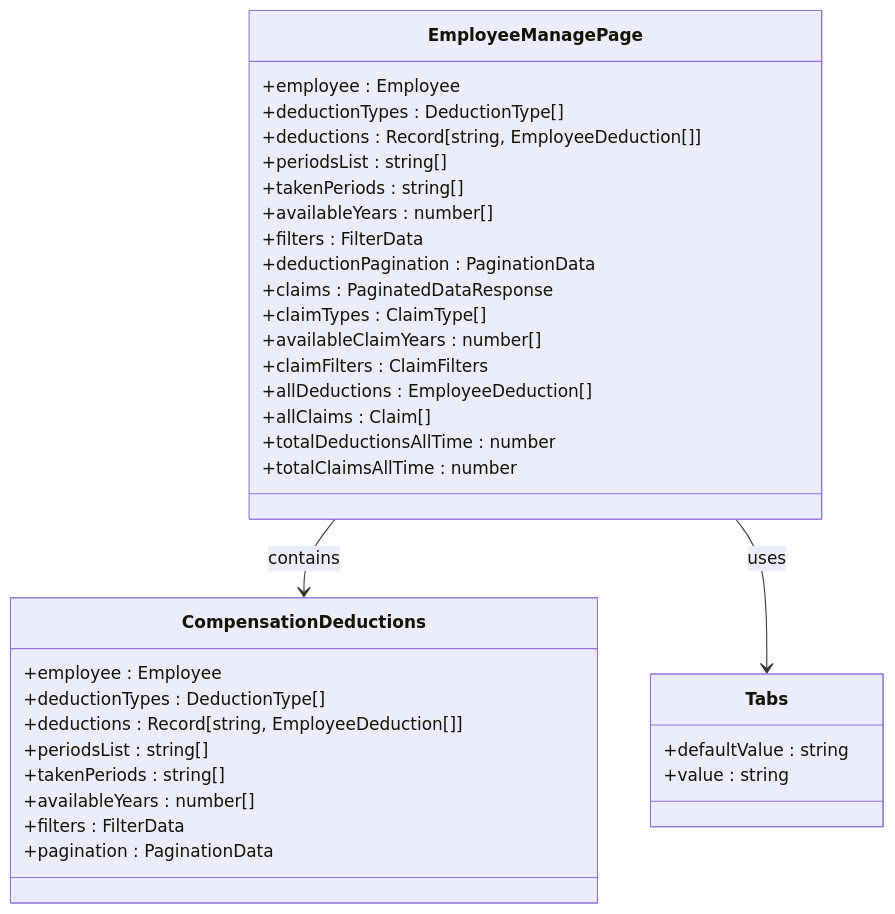
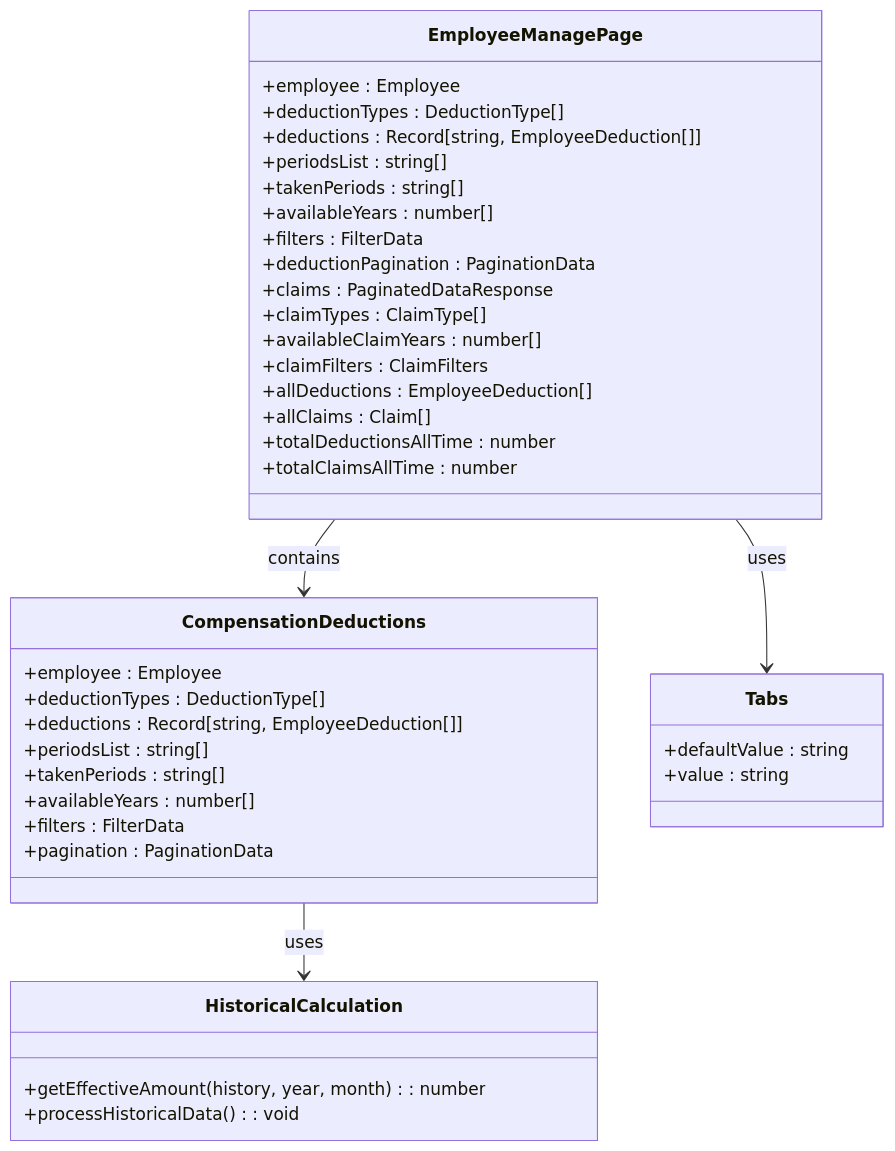
One commit to vincet0t15/template changed the sixth of 19 diagrams in .qoder/repowiki/en/content/Employee Management/Employee Compensation Management.md. Above: the diagram before and after it, drawn with Mermaid. The commit also changed other lines of this file and 11 other files, not shown here.

````diff
--- a/.qoder/repowiki/en/content/Employee Management/Employee Compensation Management.md
+++ b/.qoder/repowiki/en/content/Employee Management/Employee Compensation Management.md
@@ -376,37 +394,42 @@
 ```mermaid
 classDiagram
 class EmployeeManagePage {
 +employee : Employee
 +deductionTypes : DeductionType[]
 +deductions : Record[string, EmployeeDeduction[]]
 +periodsList : string[]
 +takenPeriods : string[]
 +availableYears : number[]
 +filters : FilterData
 +deductionPagination : PaginationData
 +claims : PaginatedDataResponse
 +claimTypes : ClaimType[]
 +availableClaimYears : number[]
 +claimFilters : ClaimFilters
 +allDeductions : EmployeeDeduction[]
 +allClaims : Claim[]
 +totalDeductionsAllTime : number
 +totalClaimsAllTime : number
 }
 class CompensationDeductions {
 +employee : Employee
 +deductionTypes : DeductionType[]
 +deductions : Record[string, EmployeeDeduction[]]
 +periodsList : string[]
 +takenPeriods : string[]
 +availableYears : number[]
 +filters : FilterData
 +pagination : PaginationData
 }
 class Tabs {
 +defaultValue : string
 +value : string
 }
+class HistoricalCalculation {
++getEffectiveAmount(history, year, month) : number
++processHistoricalData() : void
+}
 EmployeeManagePage --> CompensationDeductions : contains
 EmployeeManagePage --> Tabs : uses
+CompensationDeductions --> HistoricalCalculation : uses
 ```
````
